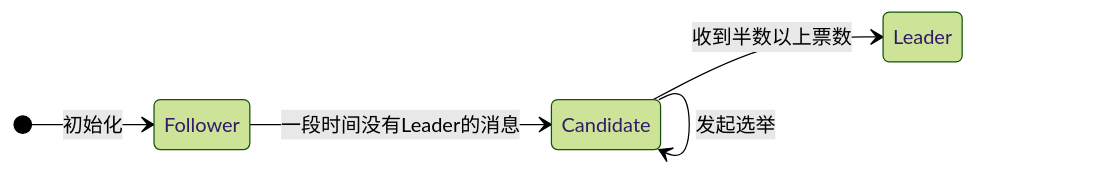
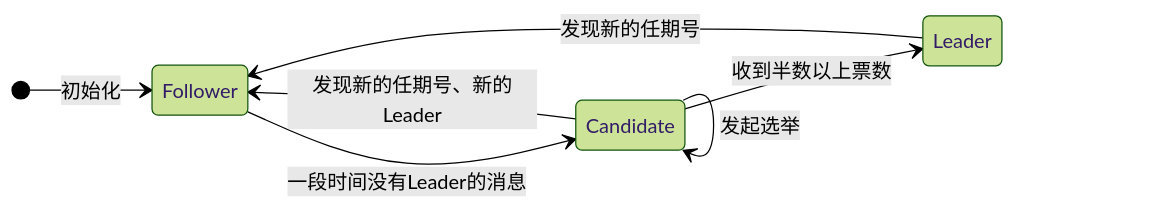
One commit to 0xcaffebabe/note changed the diagram in doc/软件工程/架构/系统设计/分布式/分布式共识算法.md. Above: the diagram before and after it, drawn with Mermaid (forest theme). The commit also changed other lines of this file and 3 other files, not shown here.

````diff
--- a/doc/软件工程/架构/系统设计/分布式/分布式共识算法.md
+++ b/doc/软件工程/架构/系统设计/分布式/分布式共识算法.md
@@ -111,8 +115,10 @@
 ```mermaid
 stateDiagram-v2
   direction LR
   [*] --> Follower: 初始化
   Follower --> Candidate: 一段时间没有Leader的消息
   Candidate --> Candidate: 发起选举
+  Candidate --> Follower: 发现新的任期号、新的Leader
   Candidate --> Leader: 收到半数以上票数
+  Leader --> Follower: 发现新的任期号
 ```
````
